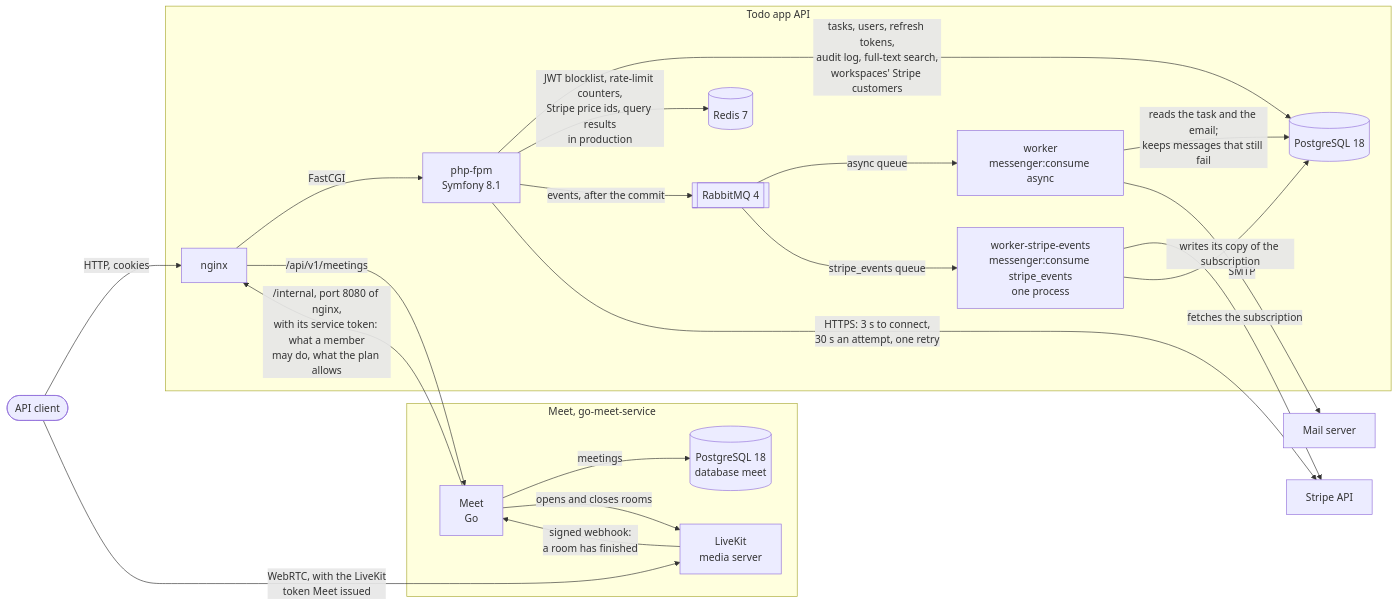
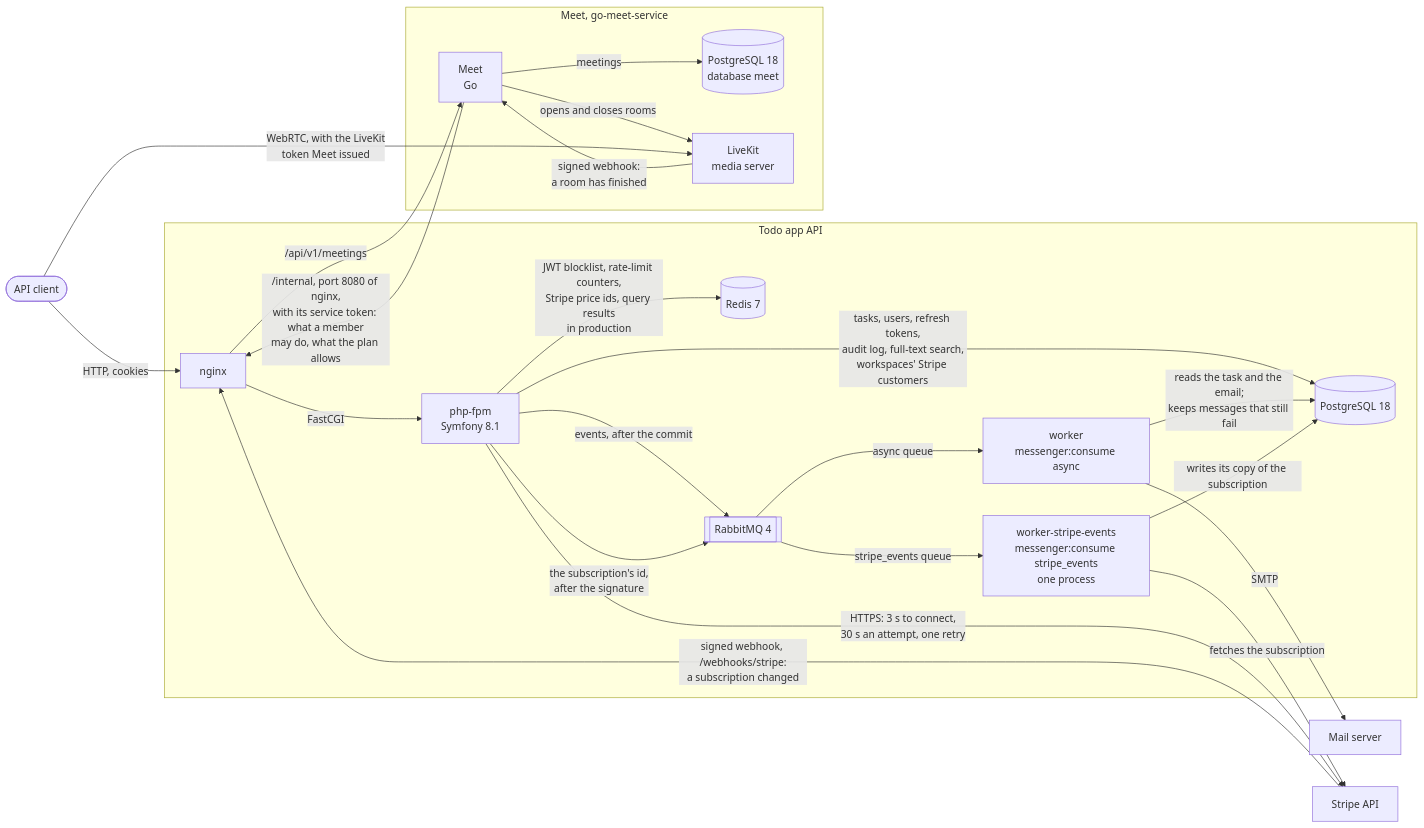
The second of 6 diagrams in docs/architecture.md (NikitaSomik/symfony-todo-app), drawn with Mermaid before and after one commit. The commit also changed other lines of this file and 5 other files, not shown here.

Commit message:
feat(billing): accept stripe's signed webhook and queue a refresh of its subscription (#140)

````diff
--- a/docs/architecture.md
+++ b/docs/architecture.md
@@ -38,42 +38,44 @@
 ```mermaid
 flowchart LR
     client([API client])
 
     subgraph system [Todo app API]
         nginx[nginx]
         app[php-fpm<br/>Symfony 8.1]
         worker[worker<br/>messenger:consume async]
         stripeworker[worker-stripe-events<br/>messenger:consume stripe_events<br/>one process]
         db[(PostgreSQL 18)]
         redis[(Redis 7)]
         mq[[RabbitMQ 4]]
     end
 
     subgraph meetsystem [Meet, go-meet-service]
         meet[Meet<br/>Go]
         meetdb[(PostgreSQL 18<br/>database meet)]
         livekit[LiveKit<br/>media server]
     end
 
     mail[Mail server]
     stripe[Stripe API]
 
     client -->|HTTP, cookies| nginx
     nginx -->|FastCGI| app
     nginx -->|/api/v1/meetings| meet
     meet -->|/internal, port 8080 of nginx,<br/>with its service token: what a member<br/>may do, what the plan allows| nginx
     meet -->|meetings| meetdb
     meet -->|opens and closes rooms| livekit
     livekit -->|signed webhook:<br/>a room has finished| meet
     client -->|WebRTC, with the LiveKit<br/>token Meet issued| livekit
     app -->|tasks, users, refresh tokens,<br/>audit log, full-text search,<br/>workspaces' Stripe customers| db
     app -->|JWT blocklist, rate-limit counters,<br/>Stripe price ids, query results<br/>in production| redis
     app -->|events, after the commit| mq
     mq -->|async queue| worker
     worker -->|reads the task and the email;<br/>keeps messages that still fail| db
     worker -->|SMTP| mail
     mq -->|stripe_events queue| stripeworker
+    stripe -->|signed webhook, /webhooks/stripe:<br/>a subscription changed| nginx
+    app -->|the subscription's id,<br/>after the signature| mq
     stripeworker -->|fetches the subscription| stripe
     stripeworker -->|writes its copy of the subscription| db
     app -->|HTTPS: 3 s to connect,<br/>30 s an attempt, one retry| stripe
 ```
````
